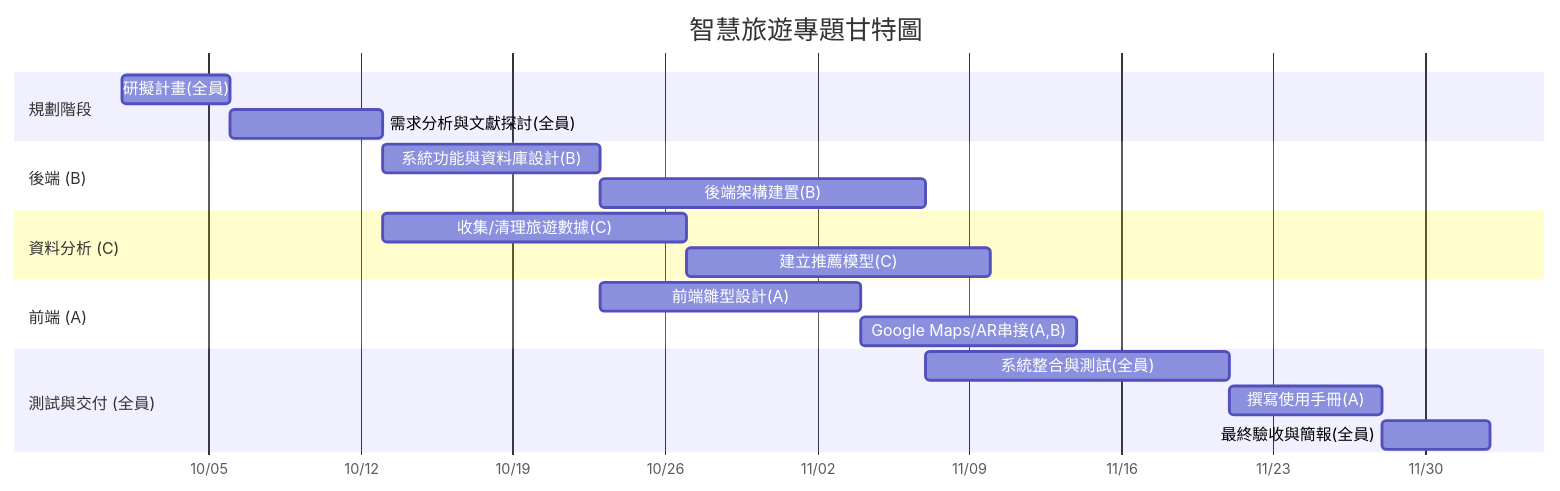
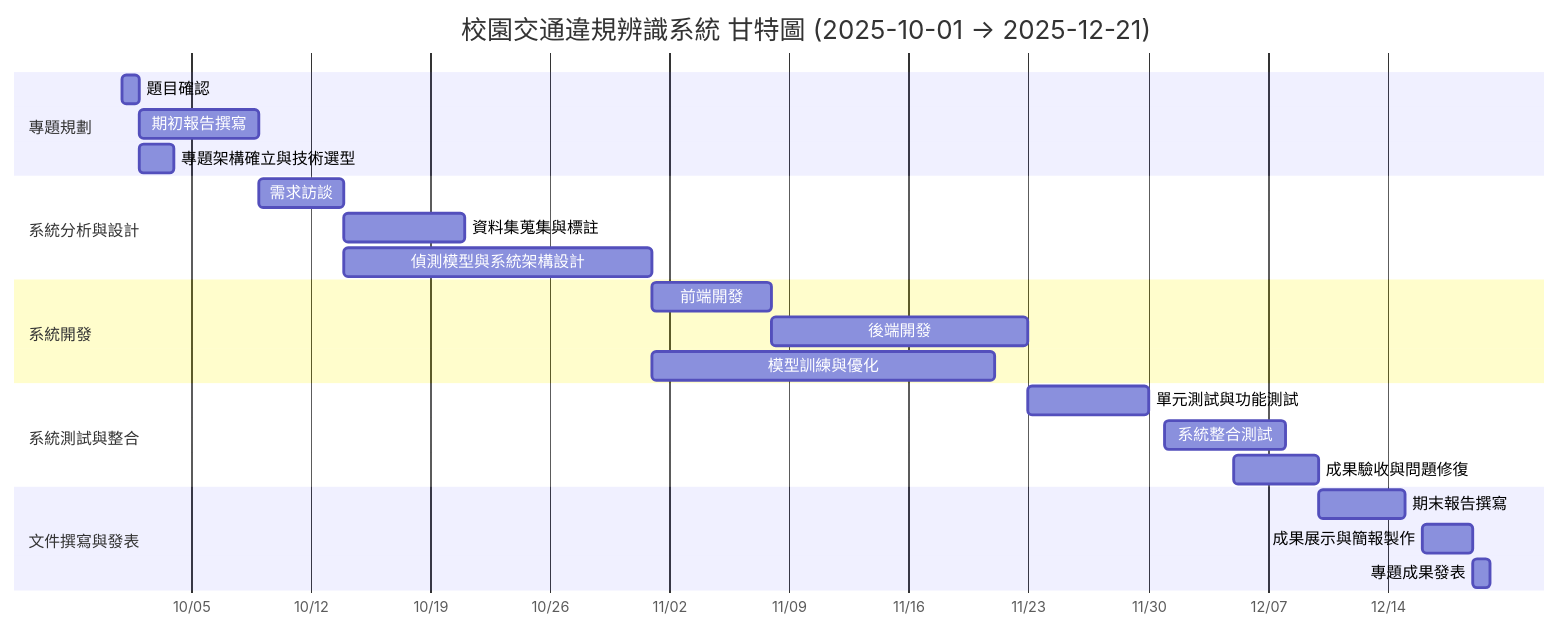
One commit to groups7-ctrl/hw2 changed the first of 2 diagrams in README.md. Above: the diagram before and after it, drawn with Mermaid. The commit also changed other lines of this file, not shown here.

````diff
--- a/README.md
+++ b/README.md
@@ -48,28 +28,31 @@
 ```mermaid
 gantt
-    title 智慧旅遊專題甘特圖
+    title 校園交通違規辨識系統 甘特圖 (2025-10-01 → 2025-12-21)
     dateFormat  YYYY-MM-DD
-    axisFormat  %m/%d
+    axisFormat %m/%d
 
-    section 規劃階段
-    研擬計畫(全員)           :a1, 2025-10-01, 5d
-    需求分析與文獻探討(全員) :a2, after a1, 7d
+    section 專題規劃
+    題目確認            :A1, 2025-10-01, 1d
+    期初報告撰寫 :A2, 2025-10-02, 7d
+    專題架構確立與技術選型   :A3, 2025-10-02, 2d
 
-    section 後端 (B)
-    系統功能與資料庫設計(B)   :a3, after a2, 10d
-    後端架構建置(B)           :a6, after a3, 15d
+    section 系統分析與設計
+    需求訪談 :B1, 2025-10-09, 5d
+    資料集蒐集與標註             :B2, 2025-10-14, 7d
+    偵測模型與系統架構設計          :B3, 2025-10-14, 18d
 
-    section 資料分析 (C)
-    收集/清理旅遊數據(C)      :a4, after a2, 14d
-    建立推薦模型(C)          :a7, after a4, 14d
+    section 系統開發
+    前端開發   :C1, 2025-11-01, 7d
+    後端開發   :C2, 2025-11-08, 15d
+    模型訓練與優化       :C3, 2025-11-01, 20d
 
-    section 前端 (A)
-    前端雛型設計(A)          :a5, after a3, 12d
-    Google Maps/AR串接(A,B)  :a8, after a5, 10d
+    section 系統測試與整合
+    單元測試與功能測試         :D1, 2025-11-23, 7d
+    系統整合測試              :D2, 2025-12-01, 7d
+    成果驗收與問題修復        :D3, 2025-12-05, 5d
 
-    section 測試與交付 (全員)
-    系統整合與測試(全員)     :a9, after a6, 14d
-    撰寫使用手冊(A)          :a10, after a9, 7d
-    最終驗收與簡報(全員)     :a11, after a10, 5d
-
+    section 文件撰寫與發表
+    期末報告撰寫        :E1, 2025-12-10, 5d
+    成果展示與簡報製作              :E2, 2025-12-16, 3d
+    專題成果發表     :E3, 2025-12-19, 1d
 ```
````
